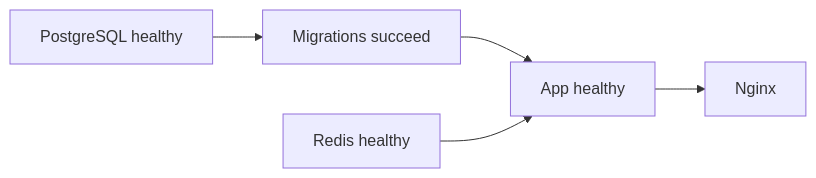
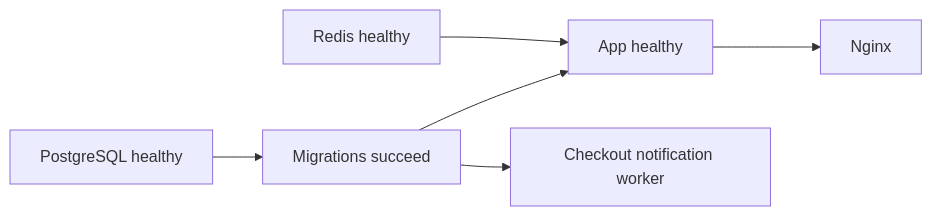
The second of 2 diagrams in README.md (gchape/2o-app), drawn with Mermaid before and after one commit. The commit also changed other lines of this file and 28 other files, not shown here.

````diff
--- a/README.md
+++ b/README.md
@@ -311,7 +330,8 @@
 ```mermaid
 flowchart LR
     DB[PostgreSQL healthy] --> Migrate[Migrations succeed]
     Migrate --> App
     Redis[Redis healthy] --> App[App healthy]
     App --> Web[Nginx]
+    Migrate --> Worker[Checkout notification worker]
 ```
````
